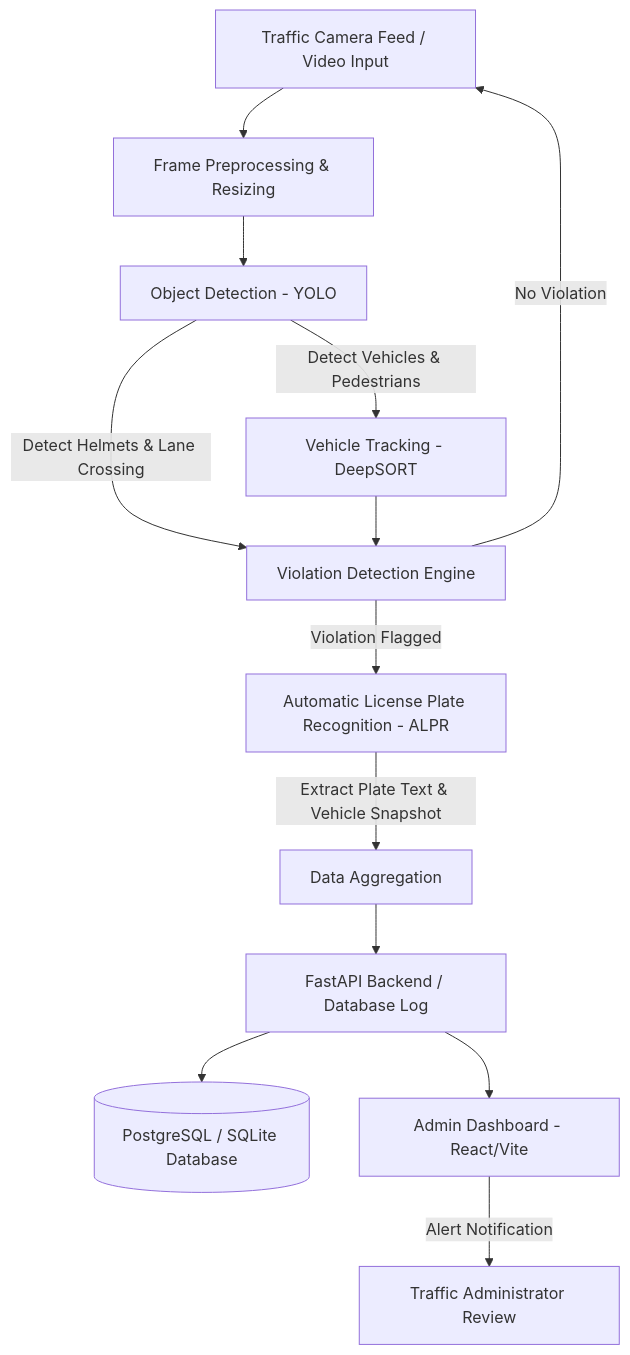
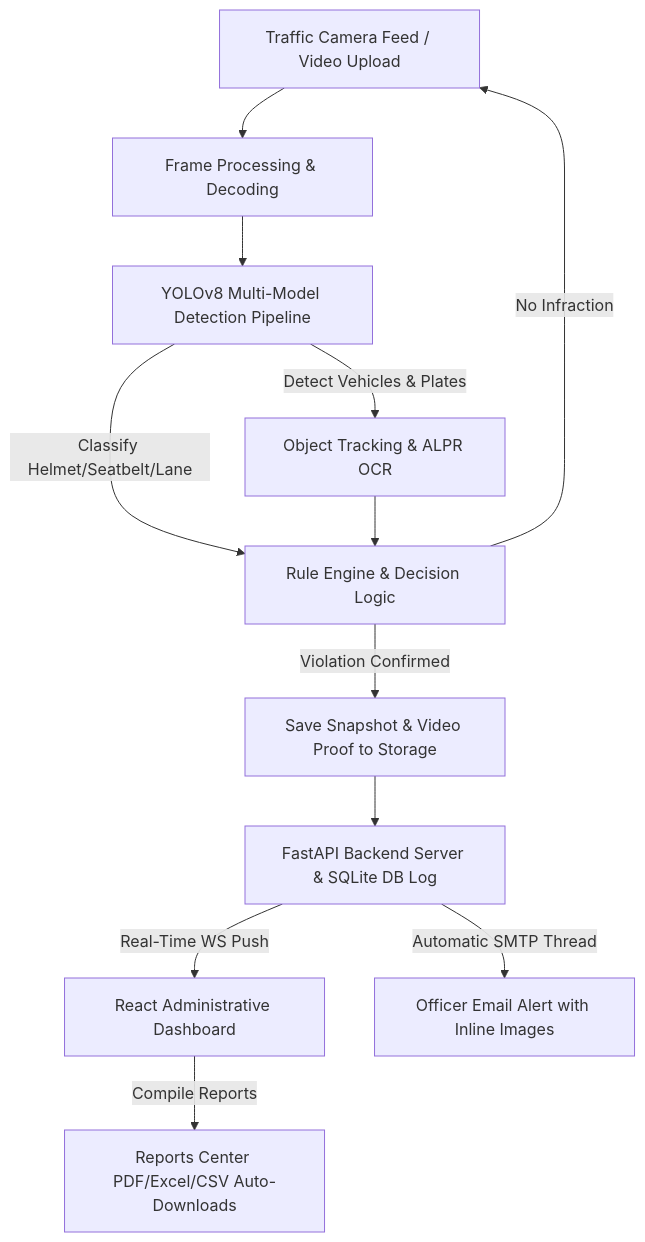
The diagram in README.md (Jaspreet-93/Traffic-violation-Project), drawn with Mermaid before and after one commit. The commit also changed other lines of this file, not shown here.

````diff
--- a/README.md
+++ b/README.md
@@ -11,17 +11,16 @@
 ```mermaid
 graph TD
-    A[Traffic Camera Feed / Video Input] --> B[Frame Preprocessing & Resizing]
-    B --> C[Object Detection - YOLO]
-    C -->|Detect Vehicles & Pedestrians| D[Vehicle Tracking - DeepSORT]
-    C -->|Detect Helmets & Lane Crossing| E[Violation Detection Engine]
+    A[Traffic Camera Feed / Video Upload] --> B[Frame Processing & Decoding]
+    B --> C[YOLOv8 Multi-Model Detection Pipeline]
+    C -->|Detect Vehicles & Plates| D[Object Tracking & ALPR OCR]
+    C -->|Classify Helmet/Seatbelt/Lane| E[Rule Engine & Decision Logic]
     
     D --> E
-    E -->|Violation Flagged| F[Automatic License Plate Recognition - ALPR]
-    E -->|No Violation| A
+    E -->|Violation Confirmed| F[Save Snapshot & Video Proof to Storage]
+    E -->|No Infraction| A
     
-    F -->|Extract Plate Text & Vehicle Snapshot| G[Data Aggregation]
-    G --> H[FastAPI Backend / Database Log]
-    H --> I[(PostgreSQL / SQLite Database)]
-    H --> J[Admin Dashboard - React/Vite]
-    J -->|Alert Notification| K[Traffic Administrator Review]
+    F --> G[FastAPI Backend Server & SQLite DB Log]
+    G -->|Real-Time WS Push| H[React Administrative Dashboard]
+    G -->|Automatic SMTP Thread| I[Officer Email Alert with Inline Images]
+    H -->|Compile Reports| J[Reports Center PDF/Excel/CSV Auto-Downloads]
 ```
````
